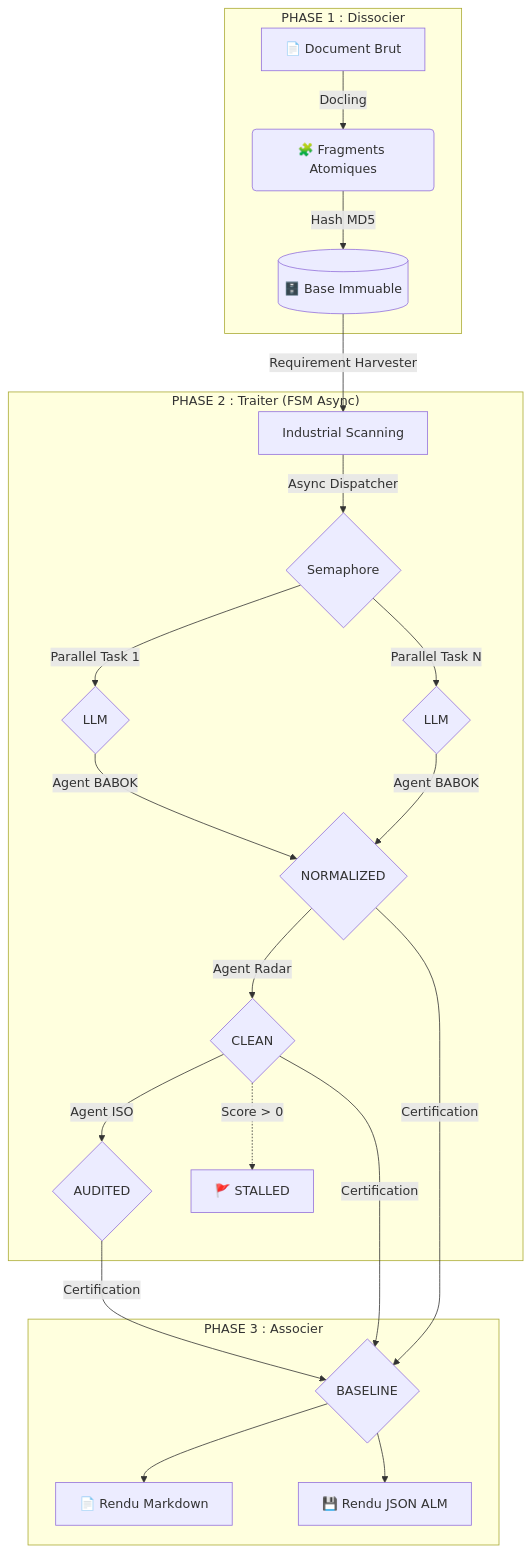
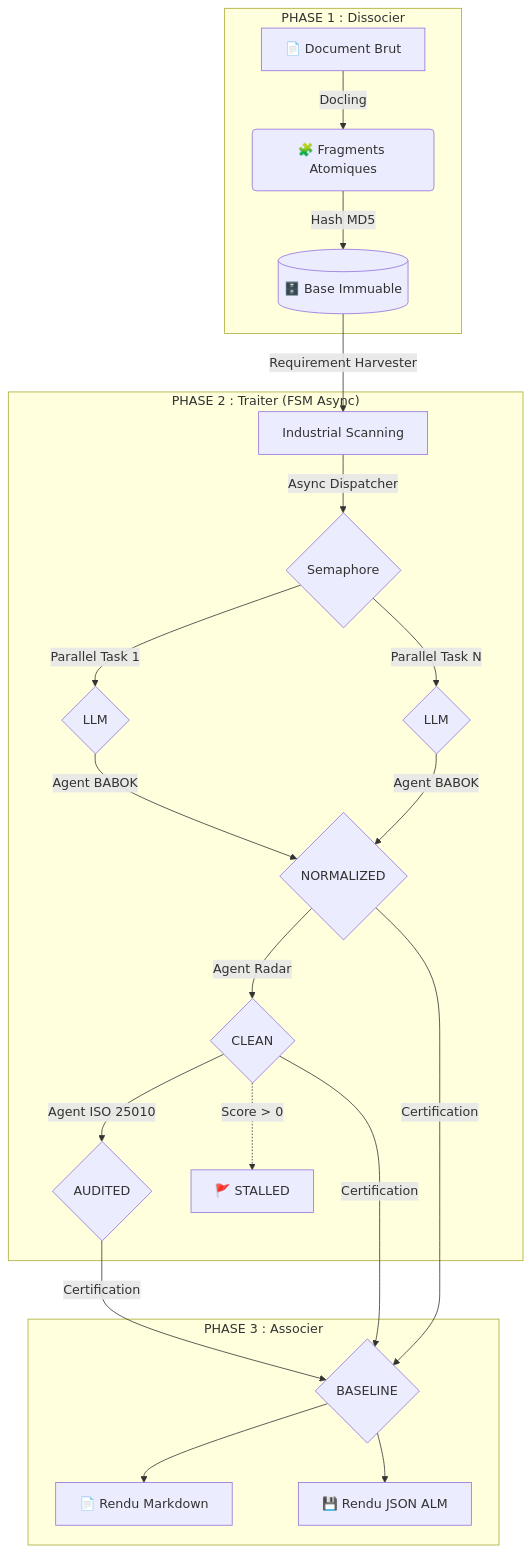
Before and after one commit to RodMan121/rfp-analyse-ia: the diagram in ARCHITECTURE.md, drawn with Mermaid. The commit also changed other lines of this file and 3 other files, not shown here.

Commit message:
docs: mise à jour finale de la documentation (Multi-Cloud, Audit v9, Agent ISO, Performance Logs)

````diff
--- a/ARCHITECTURE.md
+++ b/ARCHITECTURE.md
@@ -9,24 +9,24 @@
 ```mermaid
 graph TD
     subgraph "PHASE 1 : Dissocier"
         A[📄 Document Brut] -->|Docling| B(🧩 Fragments Atomiques)
         B -->|Hash MD5| C[(🗄️ Base Immuable)]
     end
     
     subgraph "PHASE 2 : Traiter (FSM Async)"
         C -->|Requirement Harvester| D[Industrial Scanning]
         D -->|Async Dispatcher| SEM{Semaphore}
         SEM -->|Parallel Task 1| LLM1{LLM}
         SEM -->|Parallel Task N| LLM2{LLM}
         LLM1 & LLM2 -->|Agent BABOK| E{NORMALIZED}
         E -->|Agent Radar| F{CLEAN}
-        F -->|Agent ISO| G{AUDITED}
+        F -->|Agent ISO 25010| G{AUDITED}
         F -.->|Score > 0| H[🚩 STALLED]
     end
     
     subgraph "PHASE 3 : Associer"
         G & F & E -->|Certification| I{BASELINE}
         I --> J[📄 Rendu Markdown]
         I --> K[💾 Rendu JSON ALM]
     end
 ```
````
